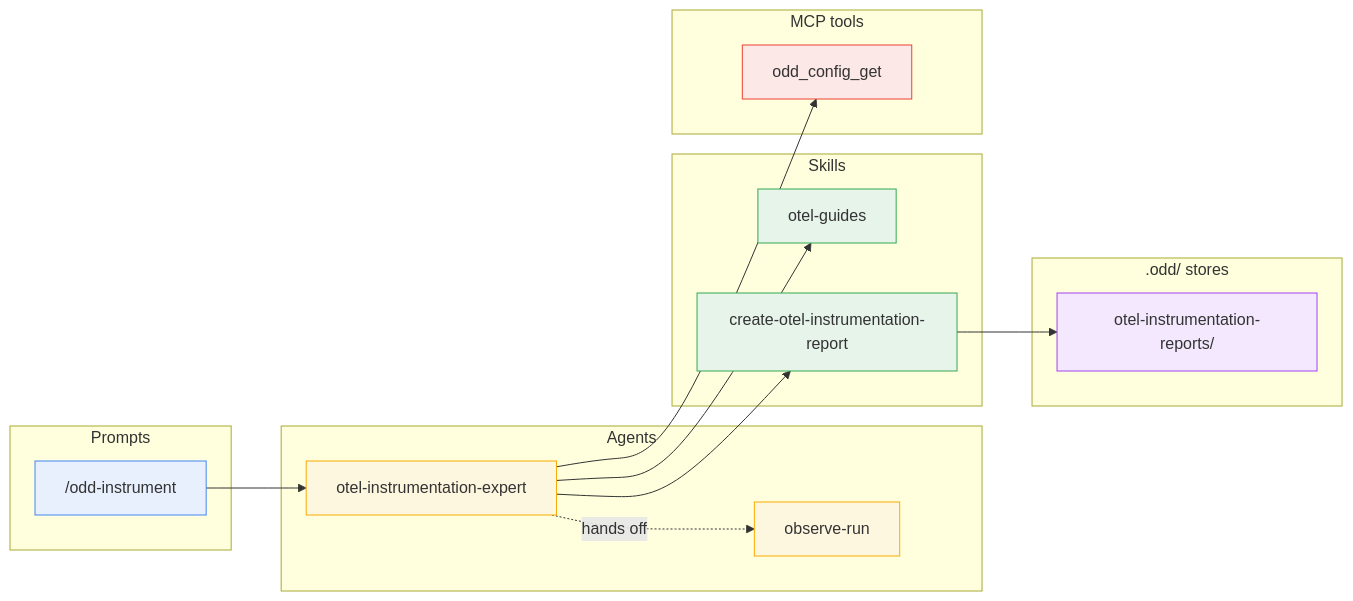
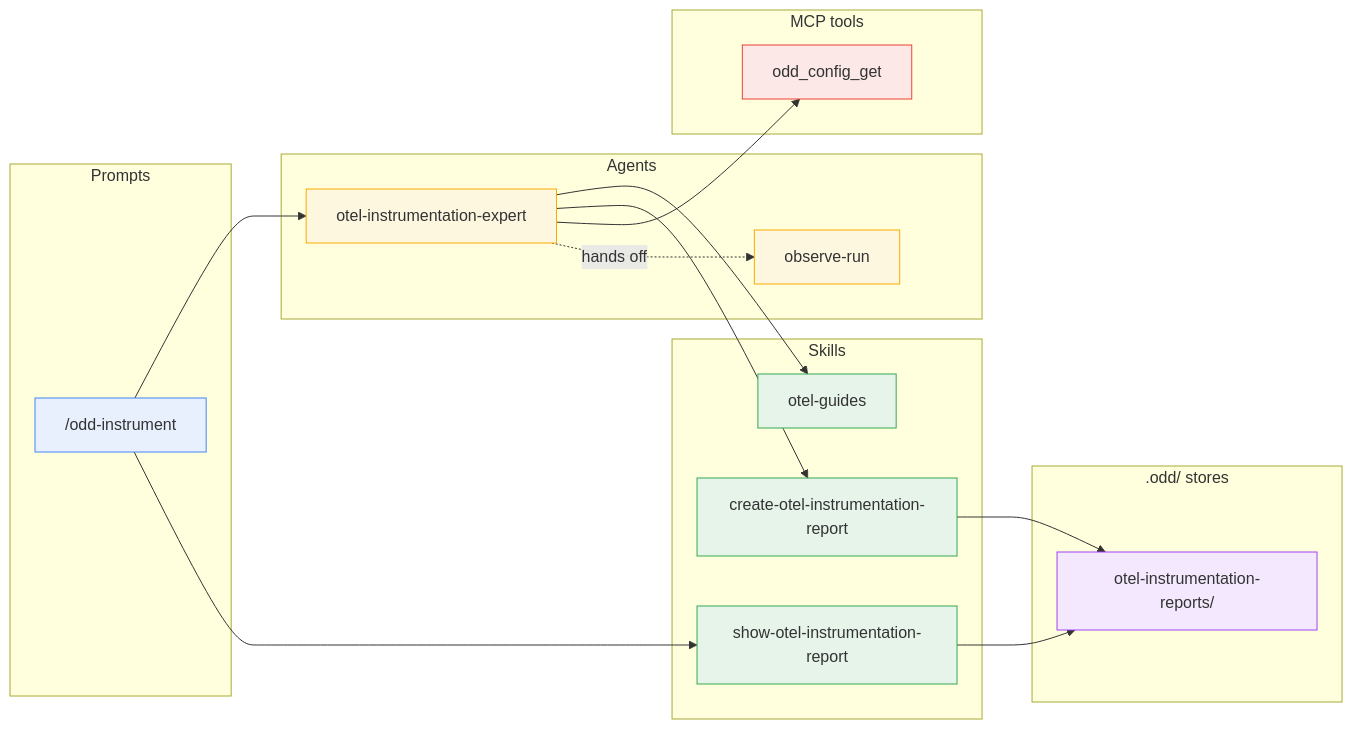
Before and after one commit to using-system/oddyssey: the first of 6 diagrams in docs/guide/dependencies.md, drawn with Mermaid. The commit also changed other lines of this file and 7 other files, not shown here.

Commit message:
feat(skill): show-report skills close the missions with a synthesis (#165)

````diff
--- a/docs/guide/dependencies.md
+++ b/docs/guide/dependencies.md
@@ -39,42 +41,45 @@
 ```mermaid
 flowchart LR
   subgraph Prompts
     instrument["/odd-instrument"]
   end
 
   subgraph Agents
     expert[otel-instrumentation-expert]
     runner[observe-run]
   end
 
   subgraph Skills
     og[otel-guides]
     coir[create-otel-instrumentation-report]
+    soir[show-otel-instrumentation-report]
   end
 
   subgraph MCP["MCP tools"]
     cfgget[odd_config_get]
   end
 
   subgraph Stores[".odd/ stores"]
     insdir[otel-instrumentation-reports/]
   end
 
   instrument --> expert
+  instrument --> soir
   expert --> og
   expert --> coir
   expert --> cfgget
   expert -. hands off .-> runner
   coir --> insdir
+  soir --> insdir
 
   classDef prompt fill:#e8f0fe,stroke:#4285f4
   classDef agent fill:#fef7e0,stroke:#f9ab00
   classDef skill fill:#e6f4ea,stroke:#34a853
   classDef mcp fill:#fce8e6,stroke:#ea4335
   classDef store fill:#f3e8fd,stroke:#a142f4
   class instrument prompt
   class expert,runner agent
-  class og,coir skill
+  class og,coir,soir skill
   class cfgget mcp
   class insdir store
 ```
````
